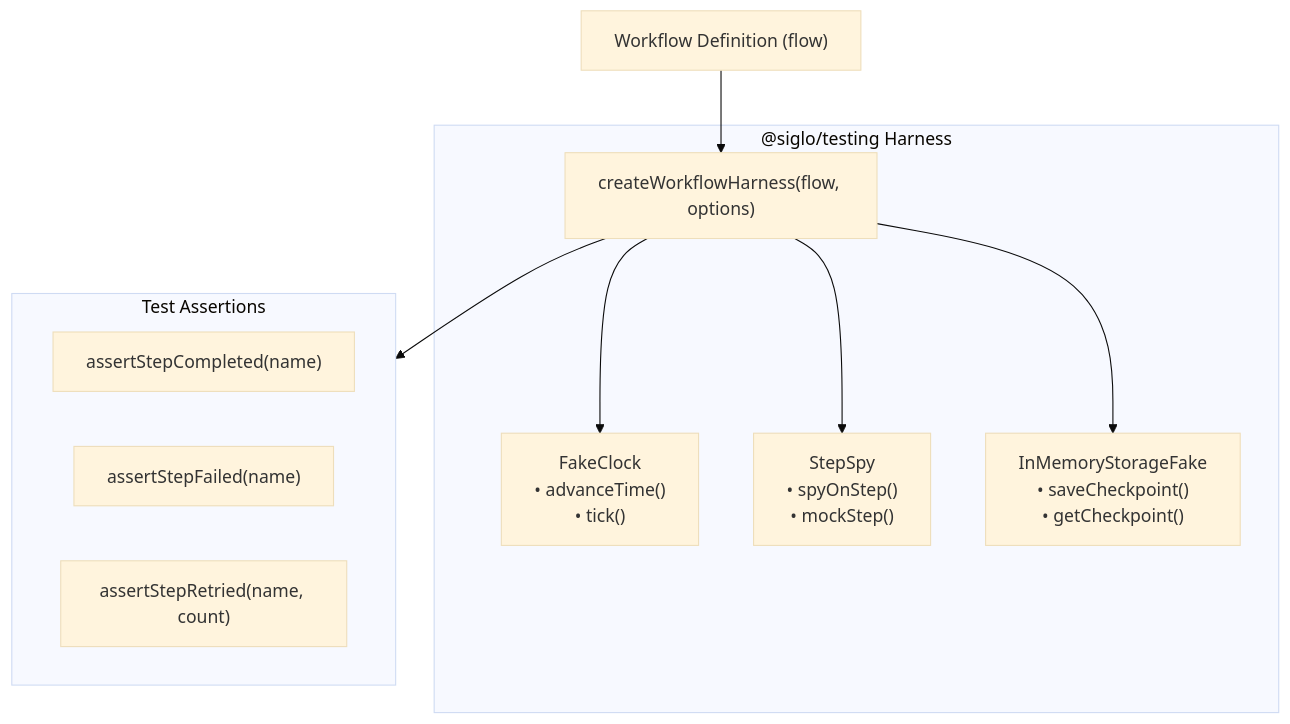
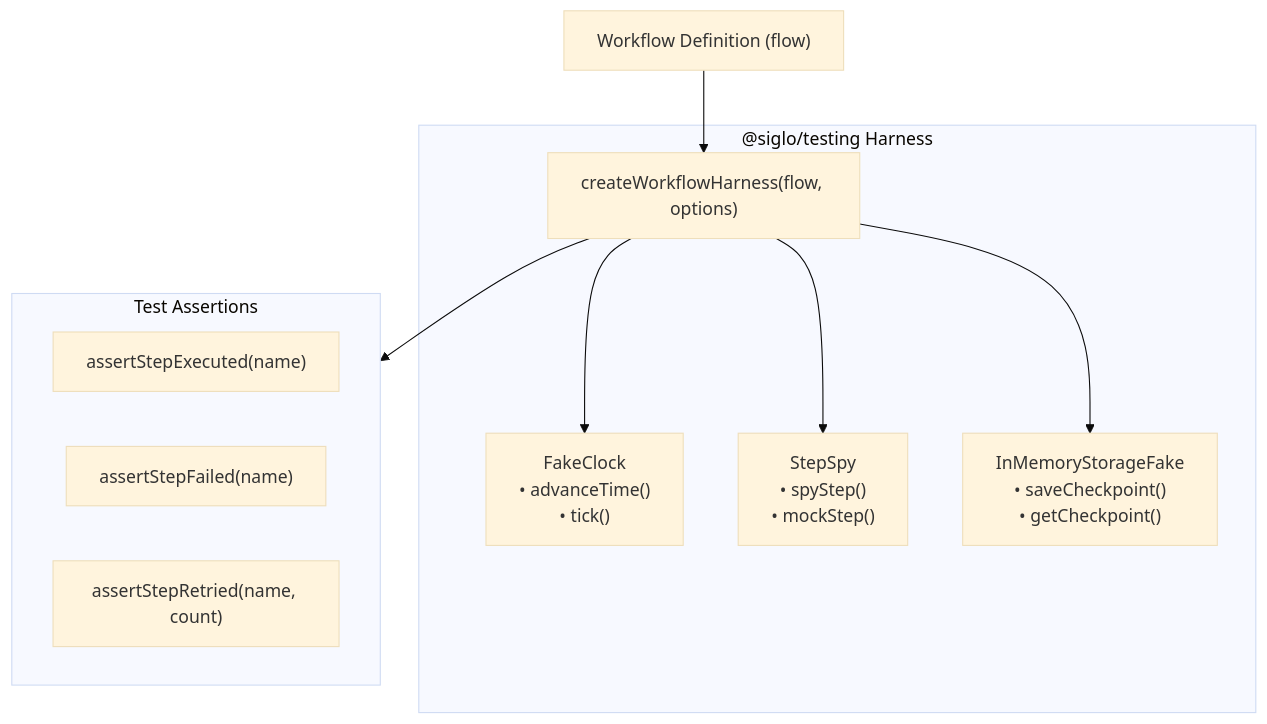
The diagram in docs/adapters/testing.md (jsoftgem/siglo), drawn with Mermaid (base theme) before and after one commit. The commit also changed other lines of this file and 53 other files, not shown here.

````diff
--- a/docs/adapters/testing.md
+++ b/docs/adapters/testing.md
@@ -16,23 +16,23 @@
 ```mermaid
 flowchart TD
     Workflow["Workflow Definition (flow)"]
 
     subgraph Harness["@siglo/testing Harness"]
         WH["createWorkflowHarness(flow, options)"]
         Clock["FakeClock<br/>• advanceTime()<br/>• tick()"]
-        Spy["StepSpy<br/>• spyOnStep()<br/>• mockStep()"]
+        Spy["StepSpy<br/>• spyStep()<br/>• mockStep()"]
         FakeStore["InMemoryStorageFake<br/>• saveCheckpoint()<br/>• getCheckpoint()"]
     end
 
     subgraph Assertions["Test Assertions"]
-        A1["assertStepCompleted(name)"]
+        A1["assertStepExecuted(name)"]
         A2["assertStepFailed(name)"]
         A3["assertStepRetried(name, count)"]
     end
 
     Workflow --> WH
     WH --> Clock
     WH --> Spy
     WH --> FakeStore
     WH --> Assertions
 ```
````
